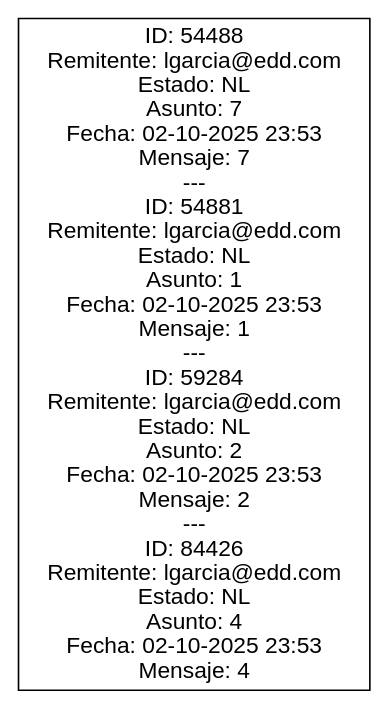
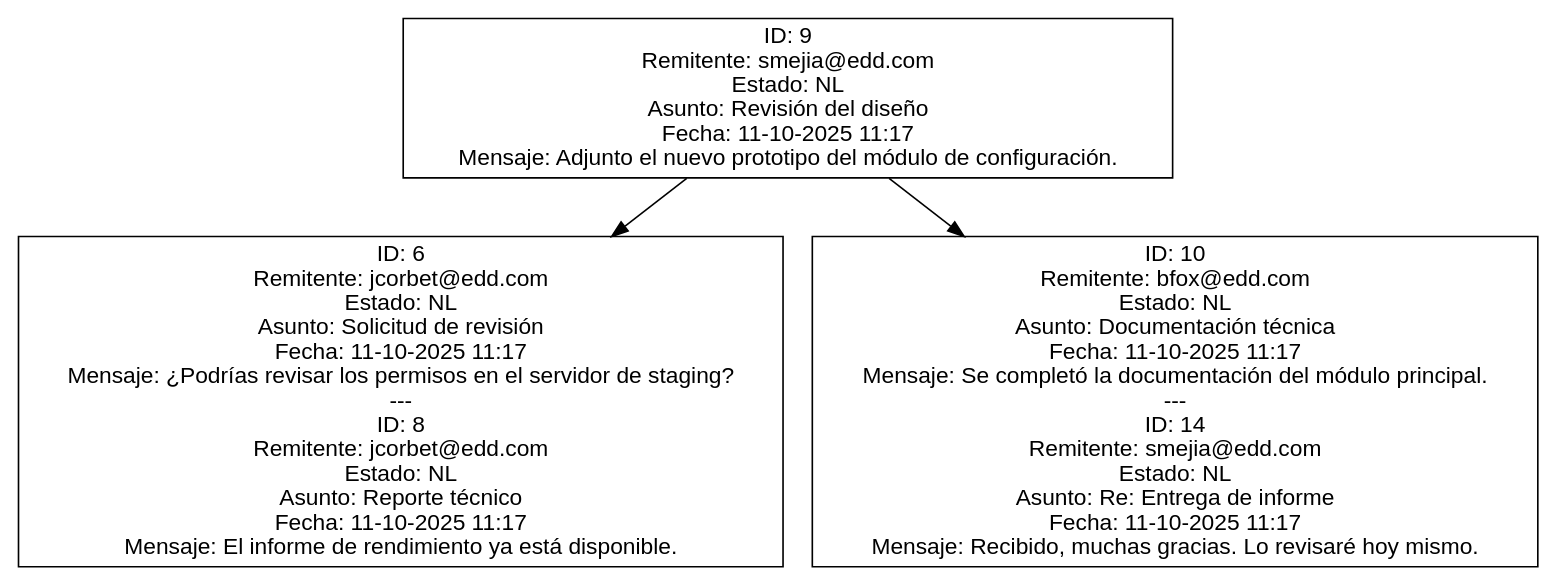
One commit to YurySantosGit/-EDD-2S2025_202113318 changed the diagram in Fase2/mitzep-Reportes/favoritos_btree.dot. Above: the diagram before and after it, drawn with Graphviz. The commit also changed 235 other files, not shown here.

```diff
--- a/Fase2/mitzep-Reportes/favoritos_btree.dot
+++ b/Fase2/mitzep-Reportes/favoritos_btree.dot
@@ -1,4 +1,8 @@
 digraph BTree_Favoritos {
   rankdir=TB;
-  n138976169094144 [shape=box, fontname="Helvetica", label="ID: 54488\nRemitente: lgarcia@edd.com\nEstado: NL\nAsunto: 7\nFecha: 02-10-2025 23:53\nMensaje: 7\n---\nID: 54881\nRemitente: lgarcia@edd.com\nEstado: NL\nAsunto: 1\nFecha: 02-10-2025 23:53\nMensaje: 1\n---\nID: 59284\nRemitente: lgarcia@edd.com\nEstado: NL\nAsunto: 2\nFecha: 02-10-2025 23:53\nMensaje: 2\n---\nID: 84426\nRemitente: lgarcia@edd.com\nEstado: NL\nAsunto: 4\nFecha: 02-10-2025 23:53\nMensaje: 4"];
+  n128466169361632 [shape=box, fontname="Helvetica", label="ID: 9\nRemitente: smejia@edd.com\nEstado: NL\nAsunto: Revisión del diseño\nFecha: 11-10-2025 11:17\nMensaje: Adjunto el nuevo prototipo del módulo de configuración."];
+  n128466169361632 -> n128466169358112;
+  n128466169361632 -> n128466169361984;
+  n128466169358112 [shape=box, fontname="Helvetica", label="ID: 6\nRemitente: jcorbet@edd.com\nEstado: NL\nAsunto: Solicitud de revisión\nFecha: 11-10-2025 11:17\nMensaje: ¿Podrías revisar los permisos en el servidor de staging?\n---\nID: 8\nRemitente: jcorbet@edd.com\nEstado: NL\nAsunto: Reporte técnico\nFecha: 11-10-2025 11:17\nMensaje: El informe de rendimiento ya está disponible."];
+  n128466169361984 [shape=box, fontname="Helvetica", label="ID: 10\nRemitente: bfox@edd.com\nEstado: NL\nAsunto: Documentación técnica\nFecha: 11-10-2025 11:17\nMensaje: Se completó la documentación del módulo principal.\n---\nID: 14\nRemitente: smejia@edd.com\nEstado: NL\nAsunto: Re: Entrega de informe\nFecha: 11-10-2025 11:17\nMensaje: Recibido, muchas gracias. Lo revisaré hoy mismo."];
 }
```
